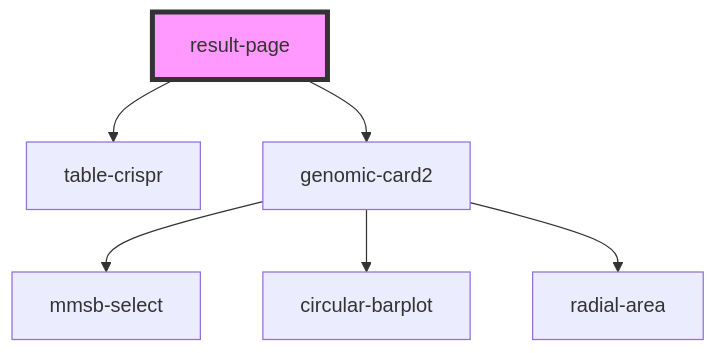
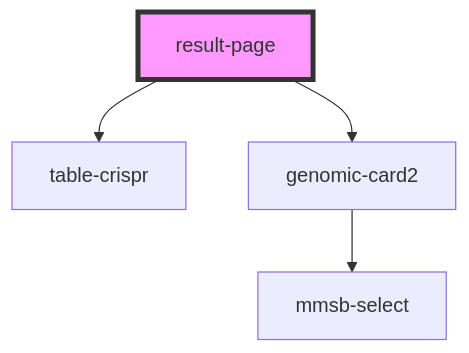
Before and after one commit to MMSB-MOBI/result_page_crispr: the diagram in src/components/result-page/readme.md, drawn with Mermaid. The commit also changed 7 other files, not shown here.

Commit message:
delete circular barplot try

````diff
--- a/src/components/result-page/readme.md
+++ b/src/components/result-page/readme.md
@@ -27,9 +27,7 @@
 ```mermaid
 graph TD;
   result-page --> table-crispr
   result-page --> genomic-card2
   genomic-card2 --> mmsb-select
-  genomic-card2 --> circular-barplot
-  genomic-card2 --> radial-area
   style result-page fill:#f9f,stroke:#333,stroke-width:4px
 ```
````
